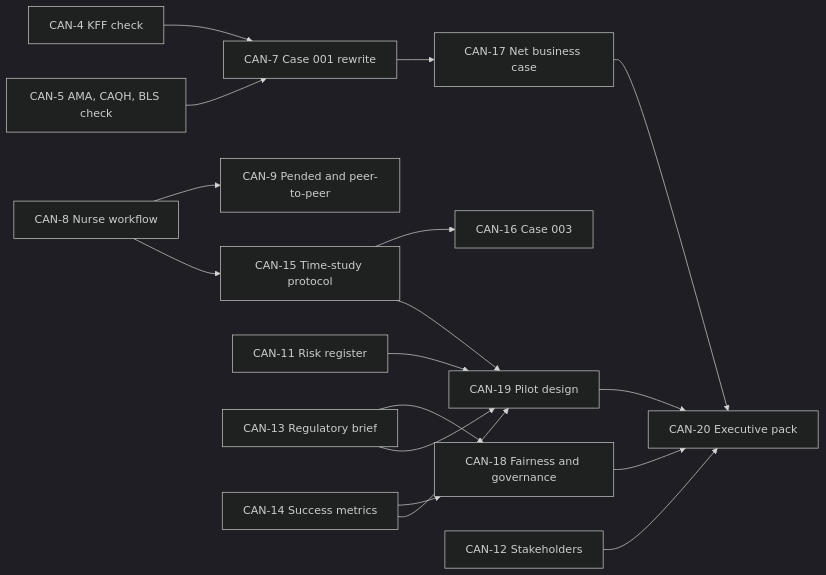
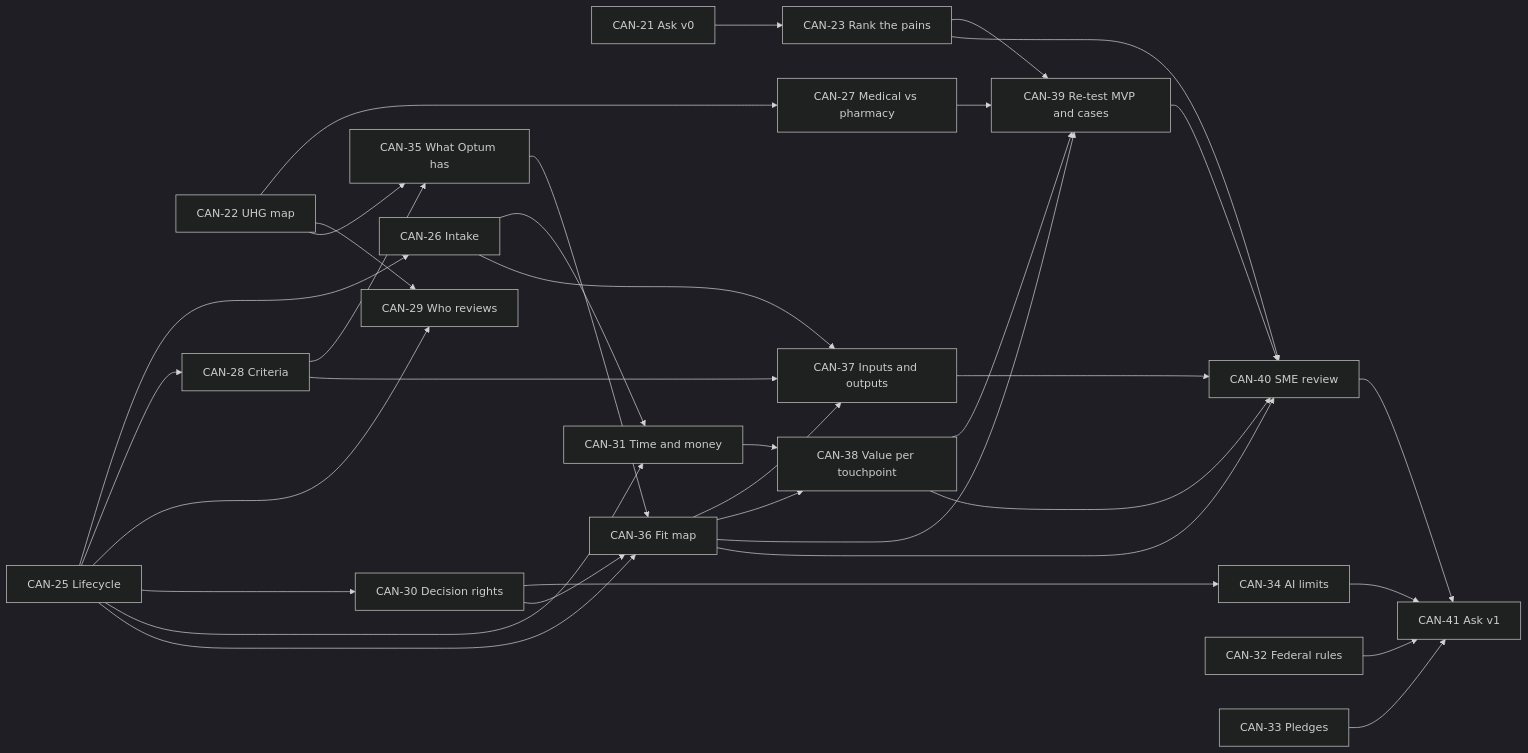
The third of 3 diagrams in ROADMAP.md (mochowdev/canopy-business), drawn with Mermaid (dark theme) before and after one commit. The commit also changed other lines of this file and 1 other file, not shown here.

First line of the commit message:
Roadmap: replace tickets with 21 stories that check the business ask

````diff
--- a/ROADMAP.md
+++ b/ROADMAP.md
@@ -100,19 +163,36 @@
 ```mermaid
 flowchart LR
-  C4["CAN-4 KFF check"] --> C7["CAN-7 Case 001 rewrite"]
-  C5["CAN-5 AMA, CAQH, BLS check"] --> C7
-  C7 --> C17["CAN-17 Net business case"]
-  C8["CAN-8 Nurse workflow"] --> C9["CAN-9 Pended and peer-to-peer"]
-  C8 --> C15["CAN-15 Time-study protocol"]
-  C15 --> C16["CAN-16 Case 003"]
-  C15 --> C19["CAN-19 Pilot design"]
-  C11["CAN-11 Risk register"] --> C19
-  C13["CAN-13 Regulatory brief"] --> C18["CAN-18 Fairness and governance"]
-  C13 --> C19
-  C14["CAN-14 Success metrics"] --> C18
-  C14 --> C19
-  C12["CAN-12 Stakeholders"] --> C20["CAN-20 Executive pack"]
-  C17 --> C20
-  C18 --> C20
-  C19 --> C20
+  C21["CAN-21 Ask v0"] --> C23["CAN-23 Rank the pains"]
+  C22["CAN-22 UHG map"] --> C27["CAN-27 Medical vs pharmacy"]
+  C22 --> C29["CAN-29 Who reviews"]
+  C22 --> C35["CAN-35 What Optum has"]
+  C25["CAN-25 Lifecycle"] --> C26["CAN-26 Intake"]
+  C25 --> C28["CAN-28 Criteria"]
+  C25 --> C29
+  C25 --> C30["CAN-30 Decision rights"]
+  C25 --> C31["CAN-31 Time and money"]
+  C26 --> C31
+  C28 --> C35
+  C30 --> C34["CAN-34 AI limits"]
+  C25 --> C36["CAN-36 Fit map"]
+  C30 --> C36
+  C35 --> C36
+  C26 --> C37["CAN-37 Inputs and outputs"]
+  C28 --> C37
+  C36 --> C37
+  C31 --> C38["CAN-38 Value per touchpoint"]
+  C36 --> C38
+  C23 --> C39["CAN-39 Re-test MVP and cases"]
+  C27 --> C39
+  C36 --> C39
+  C38 --> C39
+  C23 --> C40["CAN-40 SME review"]
+  C36 --> C40
+  C37 --> C40
+  C38 --> C40
+  C39 --> C40
+  C32["CAN-32 Federal rules"] --> C41["CAN-41 Ask v1"]
+  C33["CAN-33 Pledges"] --> C41
+  C34 --> C41
+  C40 --> C41
 ```
````
